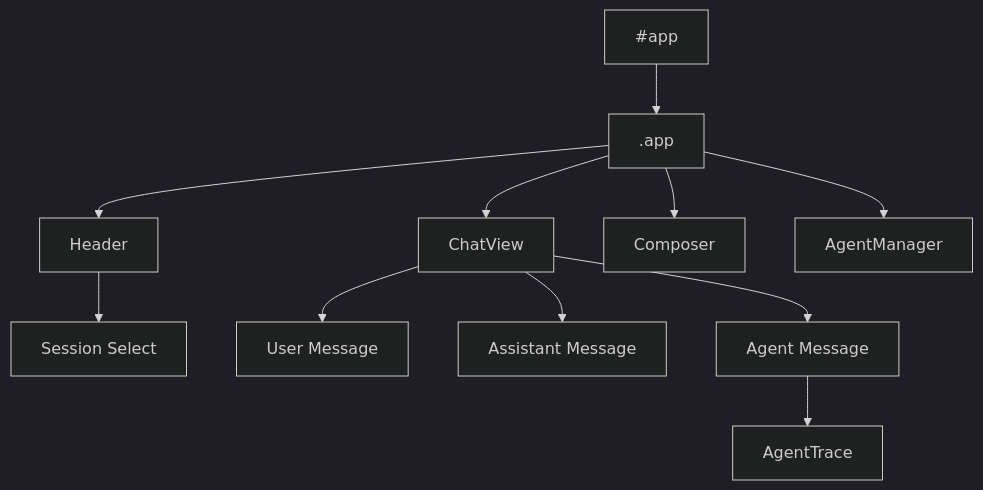
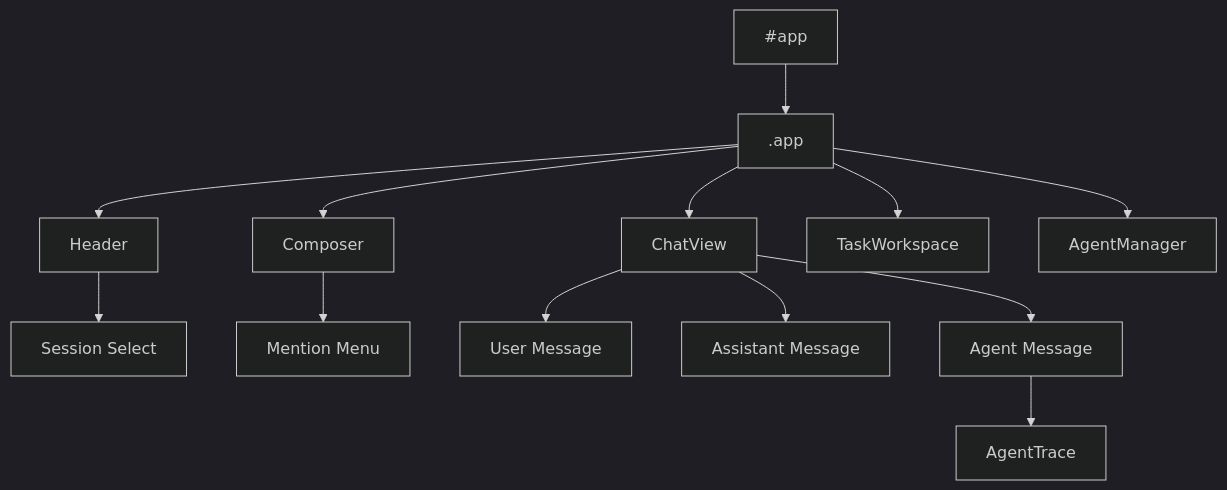
Before and after one commit to lijiajia96/llm-local: diagram 15 of 16 in ARCHITECTURE.md, drawn with Mermaid (dark theme). The commit also changed other lines of this file and 27 other files, not shown here.

Commit message:
feat: add multi-agent task workspace

````diff
--- a/ARCHITECTURE.md
+++ b/ARCHITECTURE.md
@@ -616,25 +700,29 @@
 ```mermaid
 flowchart TB
     App[#app]
     Root[.app]
     Header[Header]
     SessionSelect[Session Select]
     Chat[ChatView]
     Composer[Composer]
+    MentionMenu[Mention Menu]
+    TaskWorkspace[TaskWorkspace]
     Manager[AgentManager]
     UserMsg[User Message]
     AssistantMsg[Assistant Message]
     AgentMsg[Agent Message]
     Trace[AgentTrace]
 
     App --> Root
     Root --> Header
     Header --> SessionSelect
     Root --> Chat
     Root --> Composer
+    Composer --> MentionMenu
+    Root --> TaskWorkspace
     Root --> Manager
     Chat --> UserMsg
     Chat --> AssistantMsg
     Chat --> AgentMsg
     AgentMsg --> Trace
 ```
````
